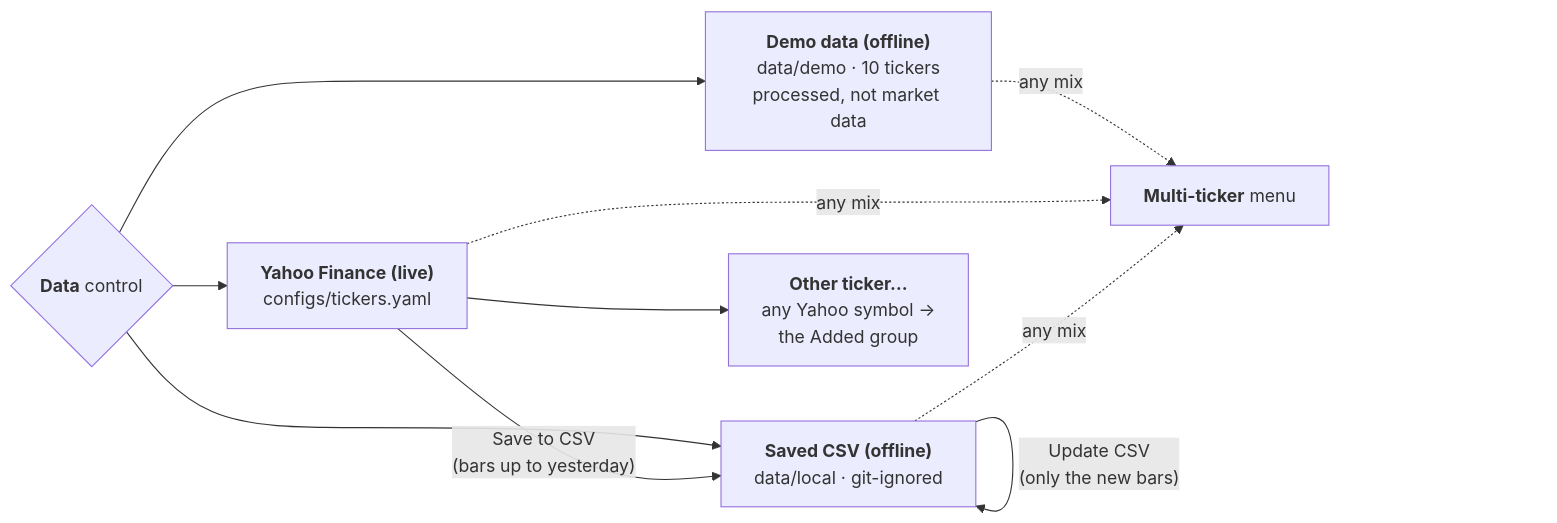
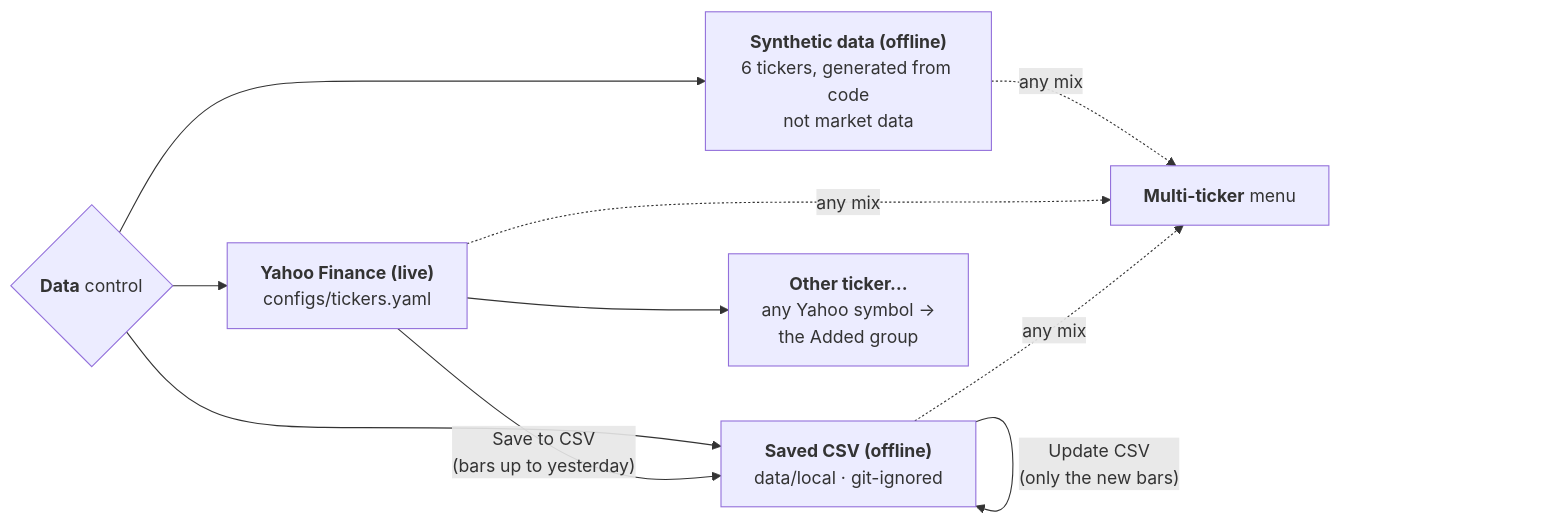
Before and after one commit to ds-playground/quant_dev: the second of 2 diagrams in docs/dashboard.md, drawn with Mermaid. The commit also changed other lines of this file and 15 other files, not shown here.

First line of the commit message:
Docs and notebooks on the synthetic tickers (Phase 4)

````diff
--- a/docs/dashboard.md
+++ b/docs/dashboard.md
@@ -260,11 +264,11 @@
 ```mermaid
 flowchart LR
     DATA{"<b>Data</b> control"}
-    DATA --> DEMO["<b>Demo data (offline)</b><br/>data/demo · 10 tickers<br/>processed, not market data"]
+    DATA --> SYN["<b>Synthetic data (offline)</b><br/>6 tickers, generated from code<br/>not market data"]
     DATA --> YAHOO["<b>Yahoo Finance (live)</b><br/>configs/tickers.yaml"]
     DATA --> LOCAL["<b>Saved CSV (offline)</b><br/>data/local · git-ignored"]
     YAHOO --> OTHER["<b>Other ticker…</b><br/>any Yahoo symbol →<br/>the Added group"]
     YAHOO -->|"Save to CSV<br/>(bars up to yesterday)"| LOCAL
     LOCAL -->|"Update CSV<br/>(only the new bars)"| LOCAL
-    DEMO & YAHOO & LOCAL -.->|any mix| MULTI["<b>Multi-ticker</b> menu"]
+    SYN & YAHOO & LOCAL -.->|any mix| MULTI["<b>Multi-ticker</b> menu"]
 ```
````
